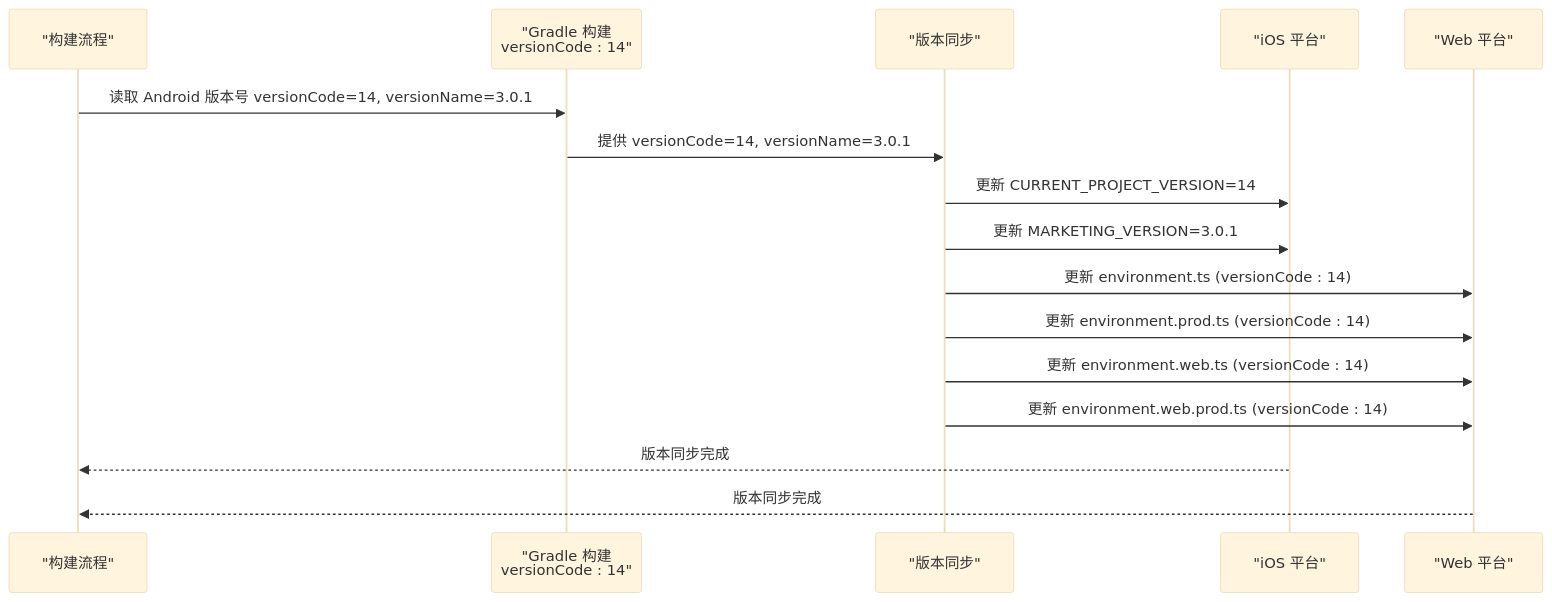
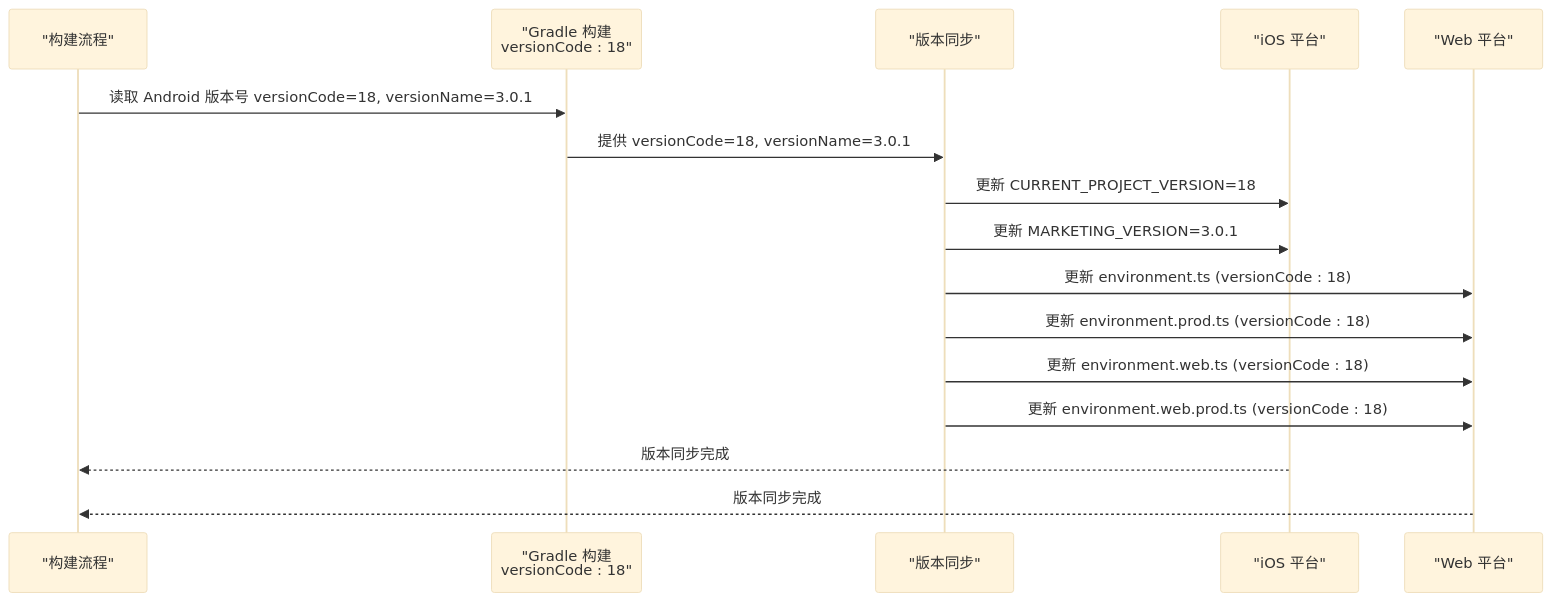
One commit to tea4go/Macro-Deck-Client-App changed the fifth of 6 diagrams in .qoder/repowiki/zh/content/构建与部署/构建配置.md. Above: the diagram before and after it, drawn with Mermaid (base theme). The commit also changed other lines of this file and 50 other files, not shown here.

````diff
--- a/.qoder/repowiki/zh/content/构建与部署/构建配置.md
+++ b/.qoder/repowiki/zh/content/构建与部署/构建配置.md
@@ -908,18 +908,18 @@
 ```mermaid
 sequenceDiagram
 participant Build as "构建流程"
-participant Gradle as "Gradle 构建<br/>versionCode : 14"
+participant Gradle as "Gradle 构建<br/>versionCode : 18"
 participant Sync as "版本同步"
 participant iOS as "iOS 平台"
 participant Web as "Web 平台"
-Build->>Gradle : 读取 Android 版本号 versionCode=14, versionName=3.0.1
-Gradle->>Sync : 提供 versionCode=14, versionName=3.0.1
-Sync->>iOS : 更新 CURRENT_PROJECT_VERSION=14
+Build->>Gradle : 读取 Android 版本号 versionCode=18, versionName=3.0.1
+Gradle->>Sync : 提供 versionCode=18, versionName=3.0.1
+Sync->>iOS : 更新 CURRENT_PROJECT_VERSION=18
 Sync->>iOS : 更新 MARKETING_VERSION=3.0.1
-Sync->>Web : 更新 environment.ts (versionCode : 14)
-Sync->>Web : 更新 environment.prod.ts (versionCode : 14)
-Sync->>Web : 更新 environment.web.ts (versionCode : 14)
-Sync->>Web : 更新 environment.web.prod.ts (versionCode : 14)
+Sync->>Web : 更新 environment.ts (versionCode : 18)
+Sync->>Web : 更新 environment.prod.ts (versionCode : 18)
+Sync->>Web : 更新 environment.web.ts (versionCode : 18)
+Sync->>Web : 更新 environment.web.prod.ts (versionCode : 18)
 iOS-->>Build : 版本同步完成
 Web-->>Build : 版本同步完成
 ```
````
